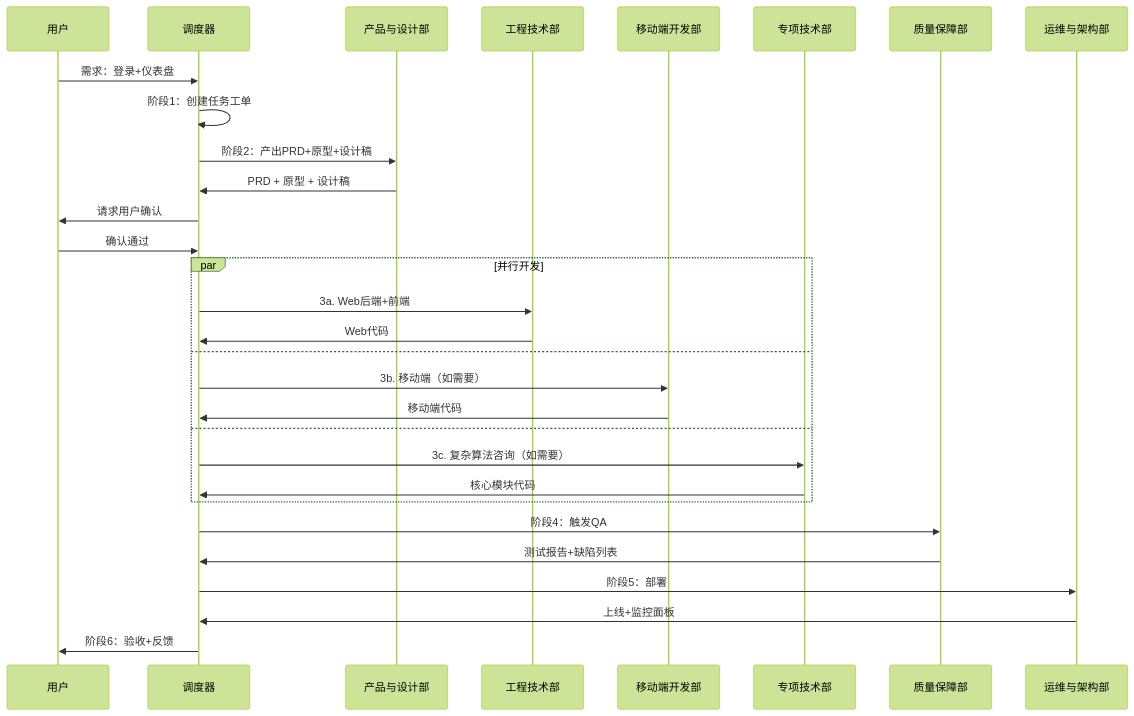
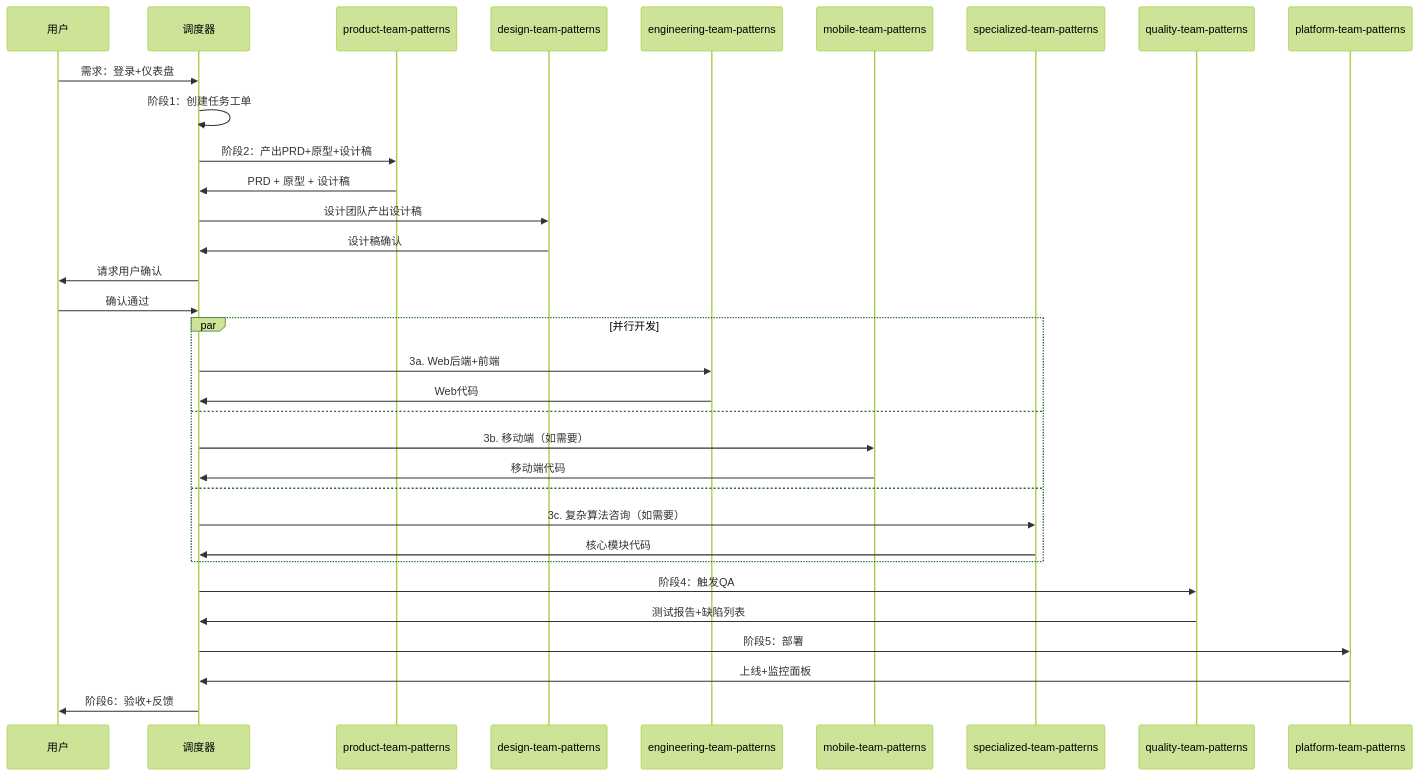
Before and after one commit to Tooooommy/Trae-Workflow: the second of 2 diagrams in agents/orchestrator.md, drawn with Mermaid (forest theme). The commit also changed other lines of this file and 7 other files, not shown here.

````diff
--- a/agents/orchestrator.md
+++ b/agents/orchestrator.md
@@ -240,33 +254,36 @@
 ```mermaid
 sequenceDiagram
     participant U as 用户
     participant O as 调度器
-    participant P as 产品与设计部
-    participant E as 工程技术部
-    participant M as 移动端开发部
-    participant S as 专项技术部
-    participant Q as 质量保障部
-    participant Ops as 运维与架构部
+    participant P as product-team-patterns
+    participant D as design-team-patterns
+    participant E as engineering-team-patterns
+    participant M as mobile-team-patterns
+    participant S as specialized-team-patterns
+    participant Q as quality-team-patterns
+    participant Ops as platform-team-patterns
 
     U->>O: 需求：登录+仪表盘
     O->>O: 阶段1：创建任务工单
     O->>P: 阶段2：产出PRD+原型+设计稿
     P->>O: PRD + 原型 + 设计稿
+    O->>D: 设计团队产出设计稿
+    D->>O: 设计稿确认
     O->>U: 请求用户确认
     U->>O: 确认通过
     par 并行开发
         O->>E: 3a. Web后端+前端
         E->>O: Web代码
     and
         O->>M: 3b. 移动端（如需要）
         M->>O: 移动端代码
     and
         O->>S: 3c. 复杂算法咨询（如需要）
         S->>O: 核心模块代码
     end
     O->>Q: 阶段4：触发QA
     Q->>O: 测试报告+缺陷列表
     O->>Ops: 阶段5：部署
     Ops->>O: 上线+监控面板
     O->>U: 阶段6：验收+反馈
 ```
````
